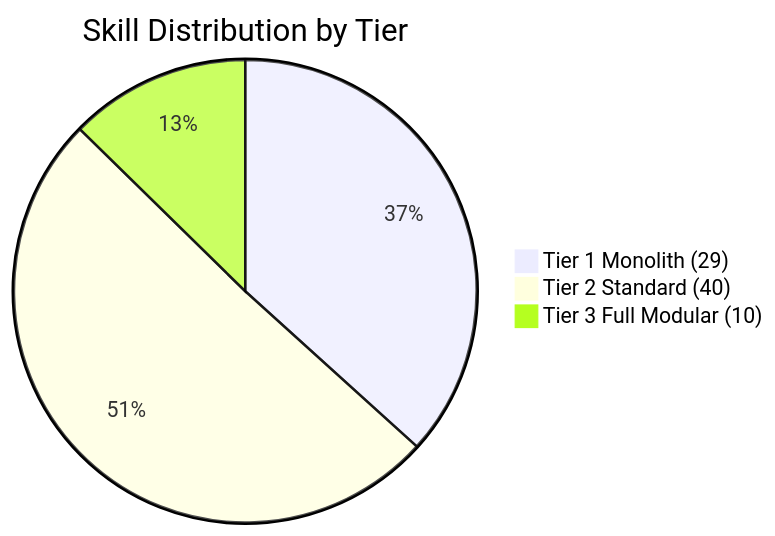
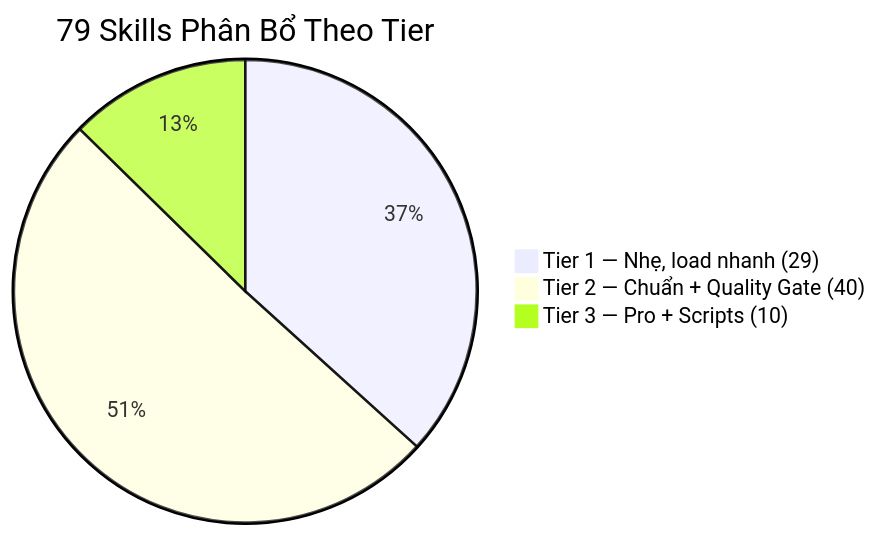
Before and after one commit to xaotiensinh-abm/abm-workforce: the fifth of 6 diagrams in README.md, drawn with Mermaid. The commit also changed other lines of this file, not shown here.

````diff
--- a/README.md
+++ b/README.md
@@ -378,6 +328,6 @@
 ```mermaid
-pie title Skill Distribution by Tier
-    "Tier 1 Monolith (29)" : 29
-    "Tier 2 Standard (40)" : 40
-    "Tier 3 Full Modular (10)" : 10
+pie title 79 Skills Phân Bổ Theo Tier
+    "Tier 1 — Nhẹ, load nhanh (29)" : 29
+    "Tier 2 — Chuẩn + Quality Gate (40)" : 40
+    "Tier 3 — Pro + Scripts (10)" : 10
 ```
````
